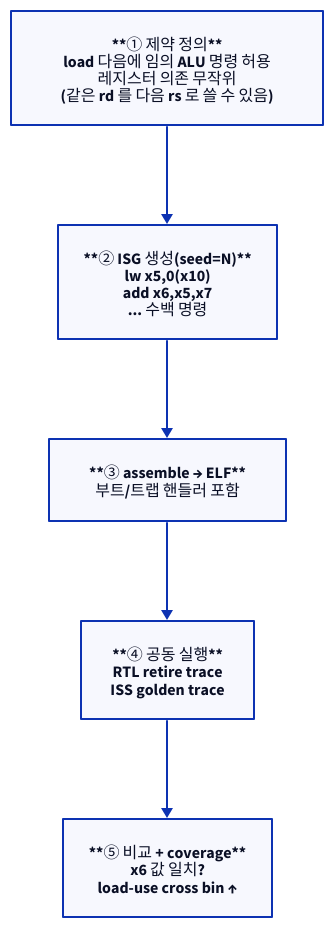
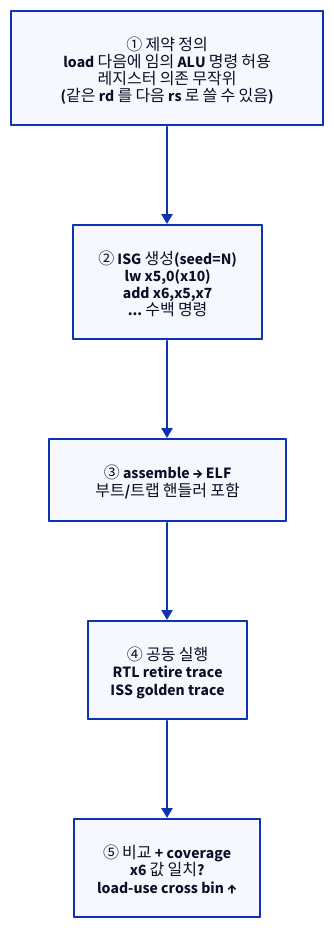
The second of 3 diagrams in starlight_site/src/content/docs/cpu_dv/05_riscv_dv_stimulus.md (humbleowl39/DV_SKOOL), drawn with D2 before and after one commit. The commit also changed other lines of this file and 714 other files, not shown here.

First line of the commit message:
fix(site): d2 다이어그램 가독성 결함 6종 일괄 수정

````diff
--- a/starlight_site/src/content/docs/cpu_dv/05_riscv_dv_stimulus.md
+++ b/starlight_site/src/content/docs/cpu_dv/05_riscv_dv_stimulus.md
@@ -93,10 +93,10 @@
 ```d2
 direction: down
 
-S1: "**① 제약 정의**\nload 다음에 임의 ALU 명령 허용\n레지스터 의존 무작위\n(같은 rd 를 다음 rs 로 쓸 수 있음)"
-S2: "**② ISG 생성(seed=N)**\nlw x5,0(x10)\nadd x6,x5,x7\n... 수백 명령"
-S3: "**③ assemble → ELF**\n부트/트랩 핸들러 포함"
-S4: "**④ 공동 실행**\nRTL retire trace\nISS golden trace"
-S5: "**⑤ 비교 + coverage**\nx6 값 일치?\nload-use cross bin ↑"
+S1: "① 제약 정의\nload 다음에 임의 ALU 명령 허용\n레지스터 의존 무작위\n(같은 rd 를 다음 rs 로 쓸 수 있음)"
+S2: "② ISG 생성(seed=N)\nlw x5,0(x10)\nadd x6,x5,x7\n... 수백 명령"
+S3: "③ assemble → ELF\n부트/트랩 핸들러 포함"
+S4: "④ 공동 실행\nRTL retire trace\nISS golden trace"
+S5: "⑤ 비교 + coverage\nx6 값 일치?\nload-use cross bin ↑"
 S1 -> S2 -> S3 -> S4 -> S5
 ```
````
